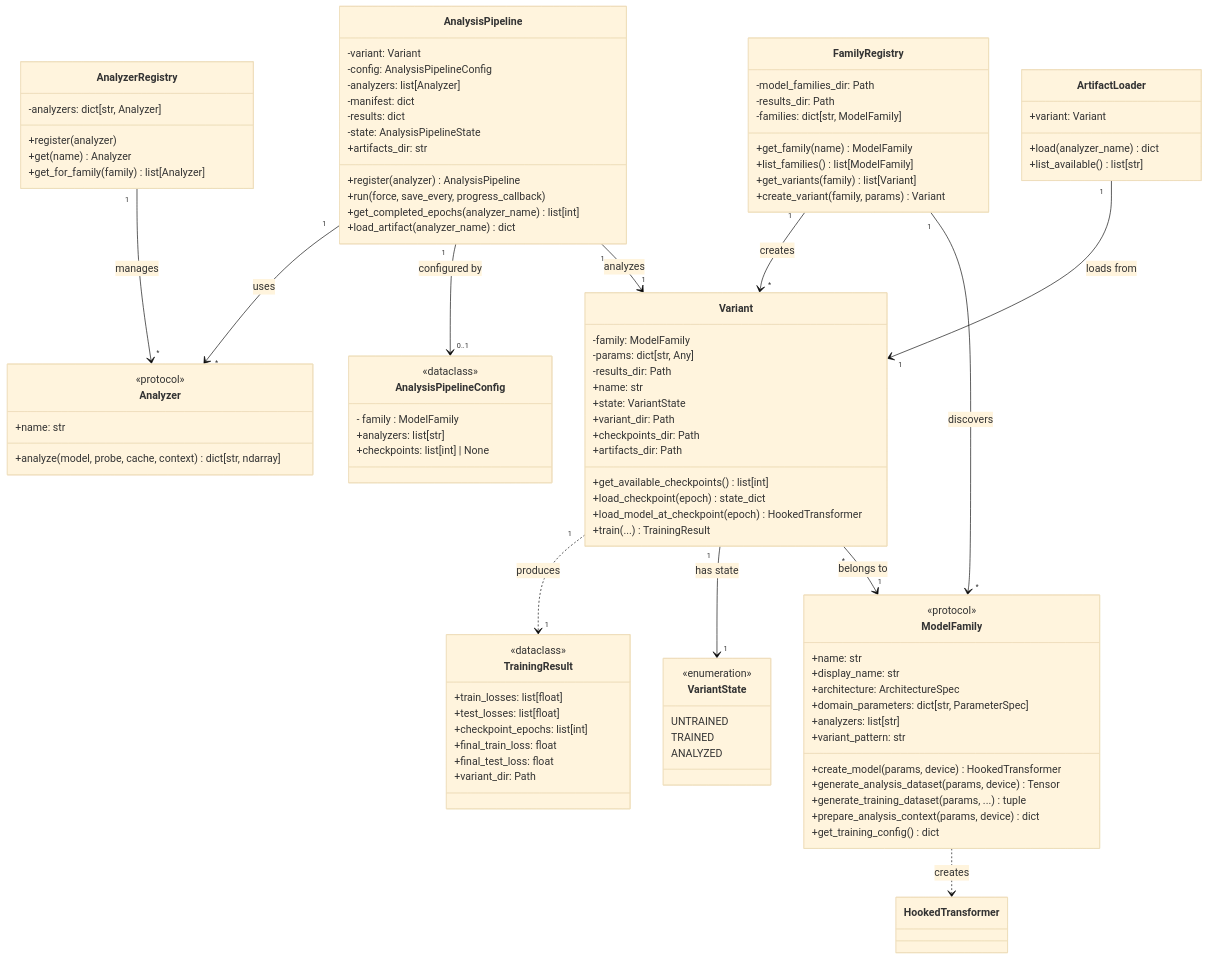
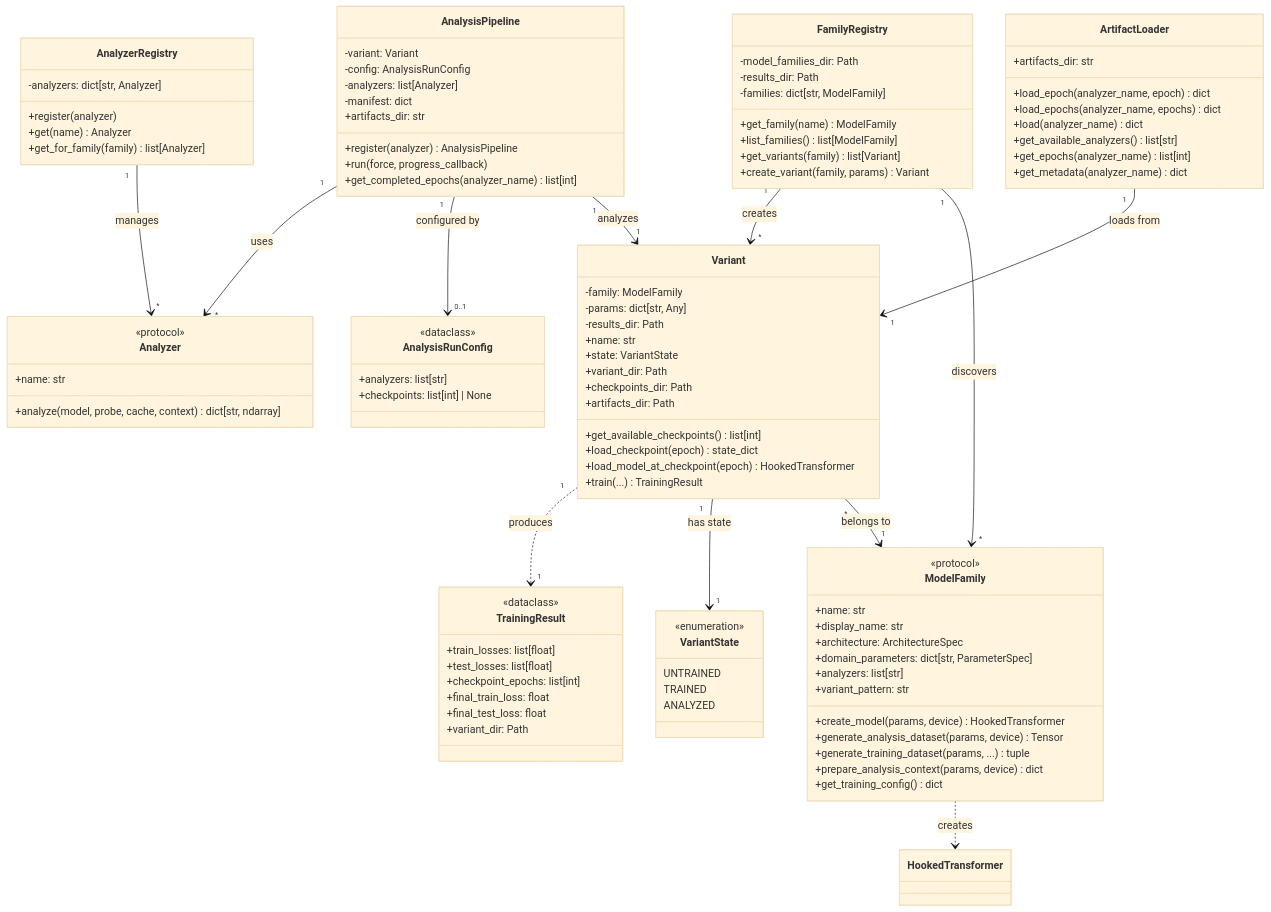
One commit to roaringsurfdev/training-dynamics-workbench changed the diagram in DOMAIN_MODEL.md. Above: the diagram before and after it, drawn with Mermaid (base theme). The commit also changed other lines of this file and 3 other files, not shown here.

```diff
--- a/DOMAIN_MODEL.md
+++ b/DOMAIN_MODEL.md
@@ -57,21 +57,17 @@
 
     class AnalysisPipeline {
         -variant: Variant
-        -config: AnalysisPipelineConfig
+        -config: AnalysisRunConfig
         -analyzers: list[Analyzer]
         -manifest: dict
-        -results: dict
-        -state: AnalysisPipelineState
         +artifacts_dir: str
         +register(analyzer) AnalysisPipeline
-        +run(force, save_every, progress_callback)
+        +run(force, progress_callback)
         +get_completed_epochs(analyzer_name) list[int]
-        +load_artifact(analyzer_name) dict
     }
 
-    class AnalysisPipelineConfig {
+    class AnalysisRunConfig {
         <<dataclass>>
-        - family : ModelFamily
         +analyzers: list[str]
         +checkpoints: list[int] | None
     }
@@ -90,9 +86,13 @@
     }
 
     class ArtifactLoader {
-        +variant: Variant
+        +artifacts_dir: str
+        +load_epoch(analyzer_name, epoch) dict
+        +load_epochs(analyzer_name, epochs) dict
         +load(analyzer_name) dict
-        +list_available() list[str]
+        +get_available_analyzers() list[str]
+        +get_epochs(analyzer_name) list[int]
+        +get_metadata(analyzer_name) dict
     }
 
     class TrainingResult {
@@ -113,7 +113,7 @@
     Variant "1" ..> "1" TrainingResult : produces
 
     AnalysisPipeline "1" --> "1" Variant : analyzes
-    AnalysisPipeline "1" --> "0..1" AnalysisPipelineConfig : configured by
+    AnalysisPipeline "1" --> "0..1" AnalysisRunConfig : configured by
     AnalysisPipeline "1" --> "*" Analyzer : uses
 
     AnalyzerRegistry "1" --> "*" Analyzer : manages
```
